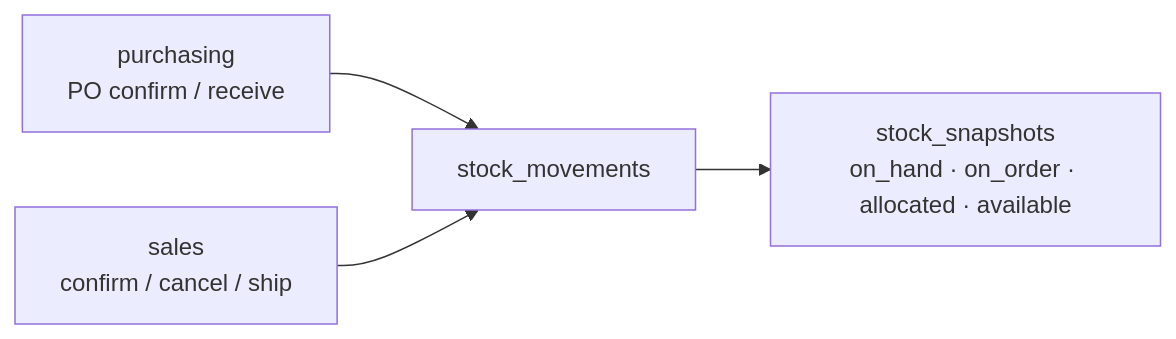
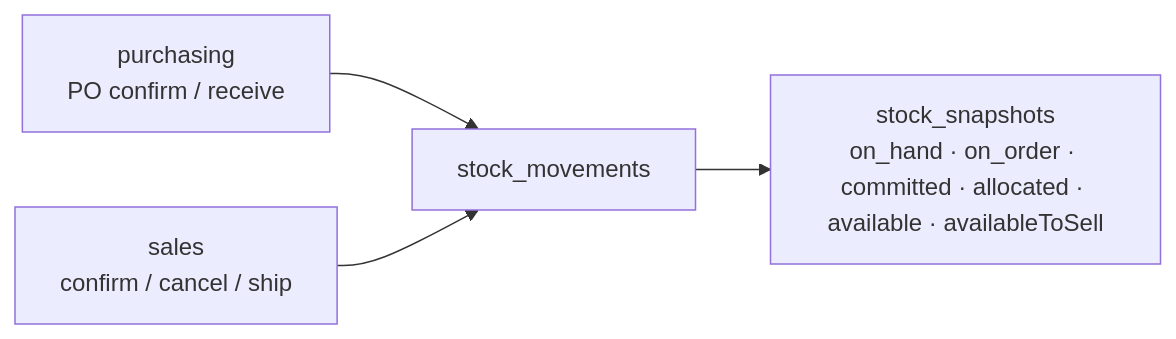
Before and after one commit to adamhinckley/dc-inventory: the third of 4 diagrams in docs/database-design.md, drawn with Mermaid. The commit also changed other lines of this file and 11 other files, not shown here.

First line of the commit message:
[ADA-175] Lock David's available-to-sell formula in ADR 0008.

````diff
--- a/docs/database-design.md
+++ b/docs/database-design.md
@@ -394,6 +397,6 @@
 ```mermaid
 flowchart LR
   purchasing["purchasing<br/>PO confirm / receive"] --> movements
   sales["sales<br/>confirm / cancel / ship"] --> movements
-  movements["stock_movements"] --> snapshots["stock_snapshots<br/>on_hand · on_order · allocated · available"]
+  movements["stock_movements"] --> snapshots["stock_snapshots<br/>on_hand · on_order · committed · allocated · available · availableToSell"]
 ```
````
